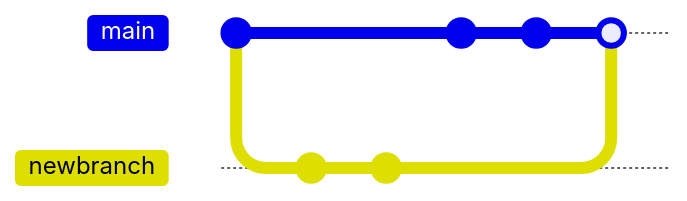
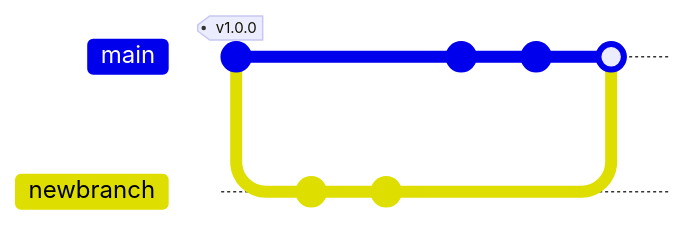
The first of 2 diagrams in README.md (valnet91/PHP-DOCS), drawn with Mermaid before and after one commit. Commit ids are hidden.

Commit message:
Readme intégration de Mermaid Github id sur commit

````diff
--- a/README.md
+++ b/README.md
@@ -3,12 +3,12 @@
 ```mermaid
 gitGraph:
-commit
+commit id: "Normal" tag: "v1.0.0"
 branch newbranch
 checkout newbranch
 commit
 commit
 checkout main
 commit
 commit
 merge newbranch
 ```
````
